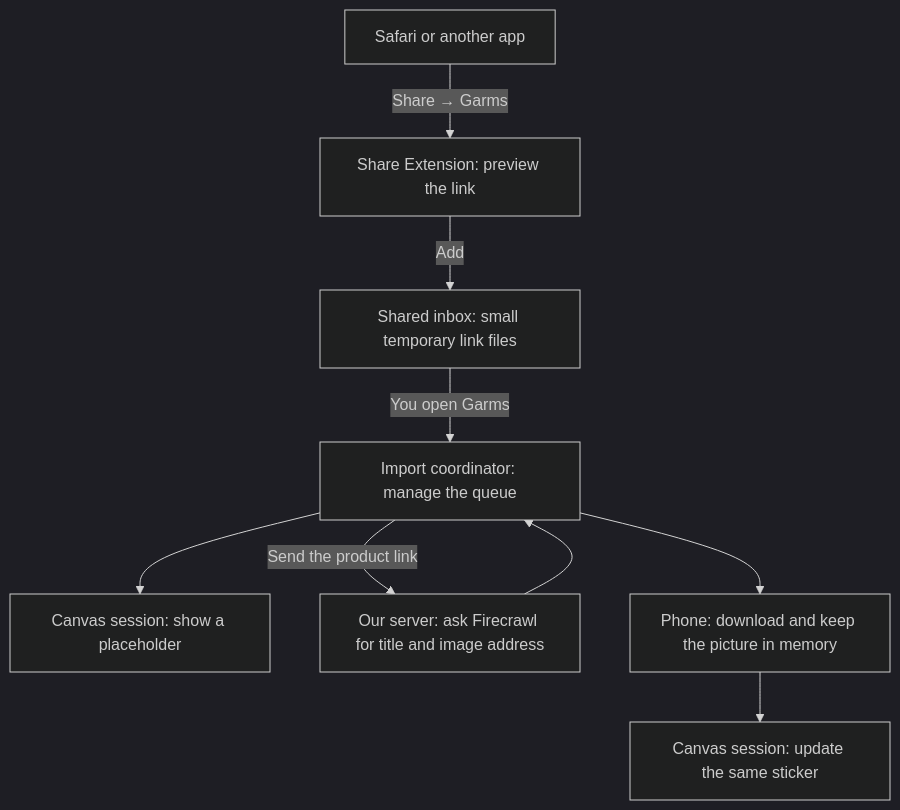
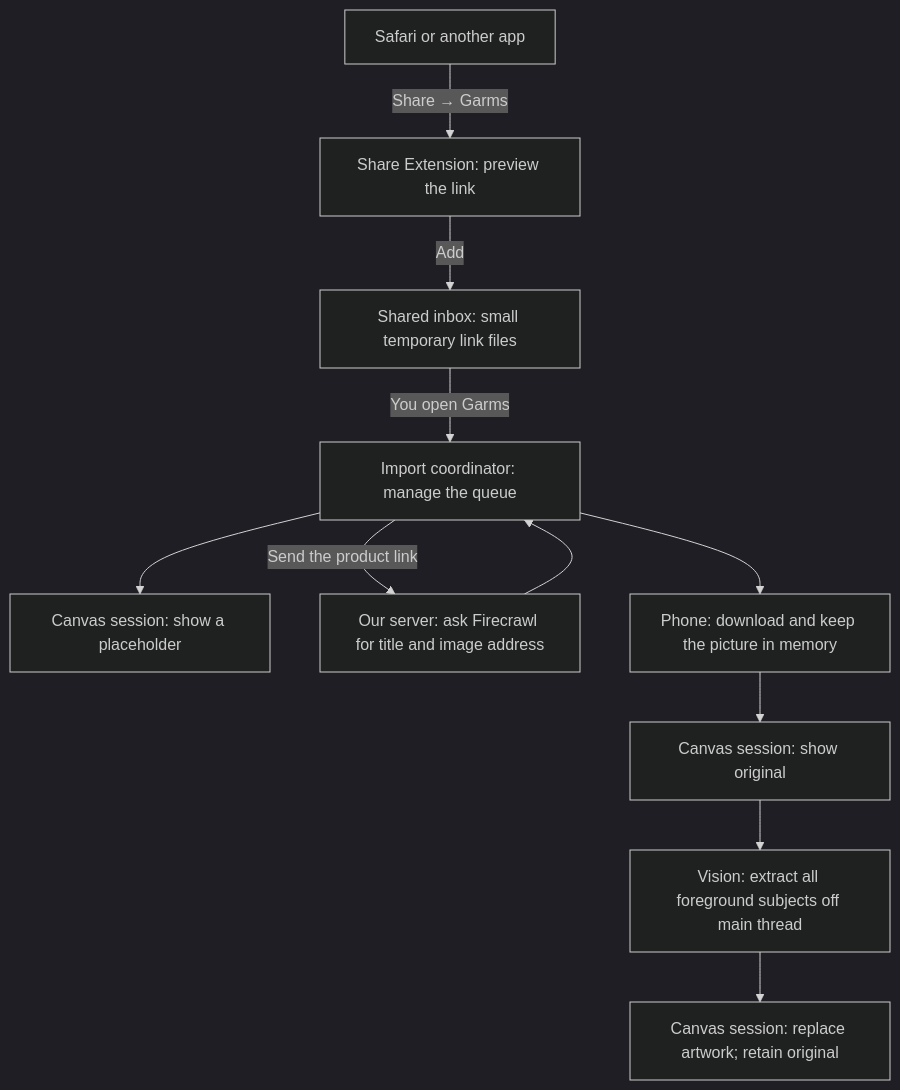
The diagram in docs/SHARED_LINK_IMPORT_WALKTHROUGH.md (ioetbc/garments-swift), drawn with Mermaid (dark theme) before and after one commit. The commit also changed other lines of this file and 36 other files, not shown here.

````diff
--- a/docs/SHARED_LINK_IMPORT_WALKTHROUGH.md
+++ b/docs/SHARED_LINK_IMPORT_WALKTHROUGH.md
@@ -21,11 +23,13 @@
 ```mermaid
 flowchart TD
     A[Safari or another app] -->|Share → Garms| B[Share Extension: preview the link]
     B -->|Add| C[Shared inbox: small temporary link files]
     C -->|You open Garms| D[Import coordinator: manage the queue]
     D --> E[Canvas session: show a placeholder]
     D -->|Send the product link| F[Our server: ask Firecrawl for title and image address]
     F --> D
     D --> G[Phone: download and keep the picture in memory]
-    G --> H[Canvas session: update the same sticker]
+    G --> H[Canvas session: show original]
+    H --> I[Vision: extract all foreground subjects off main thread]
+    I --> J[Canvas session: replace artwork; retain original]
 ```
````
